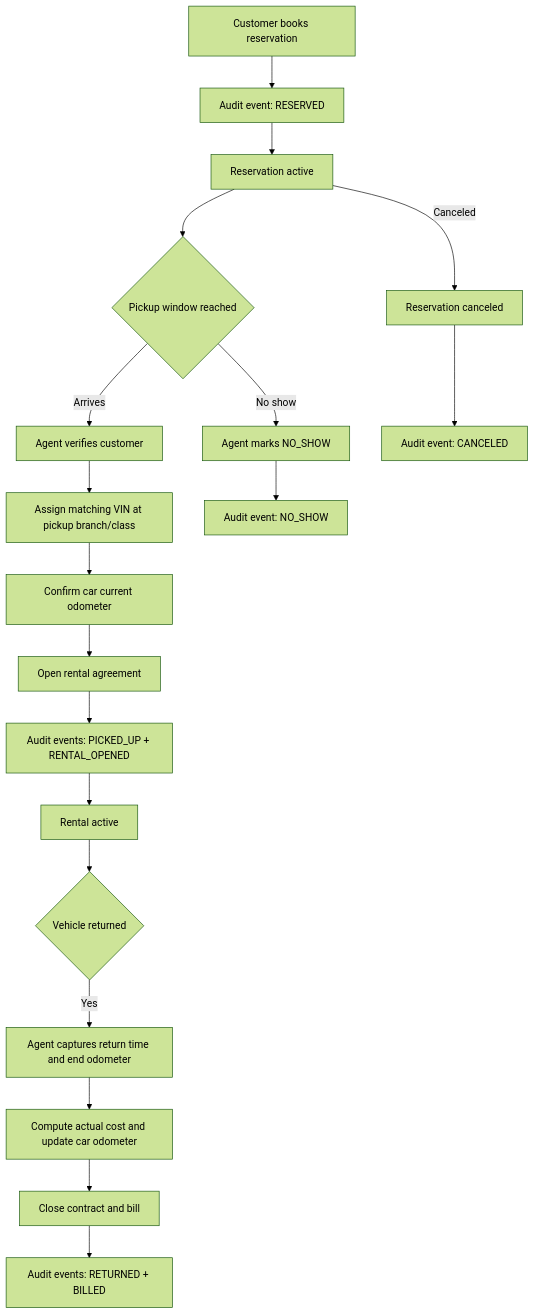
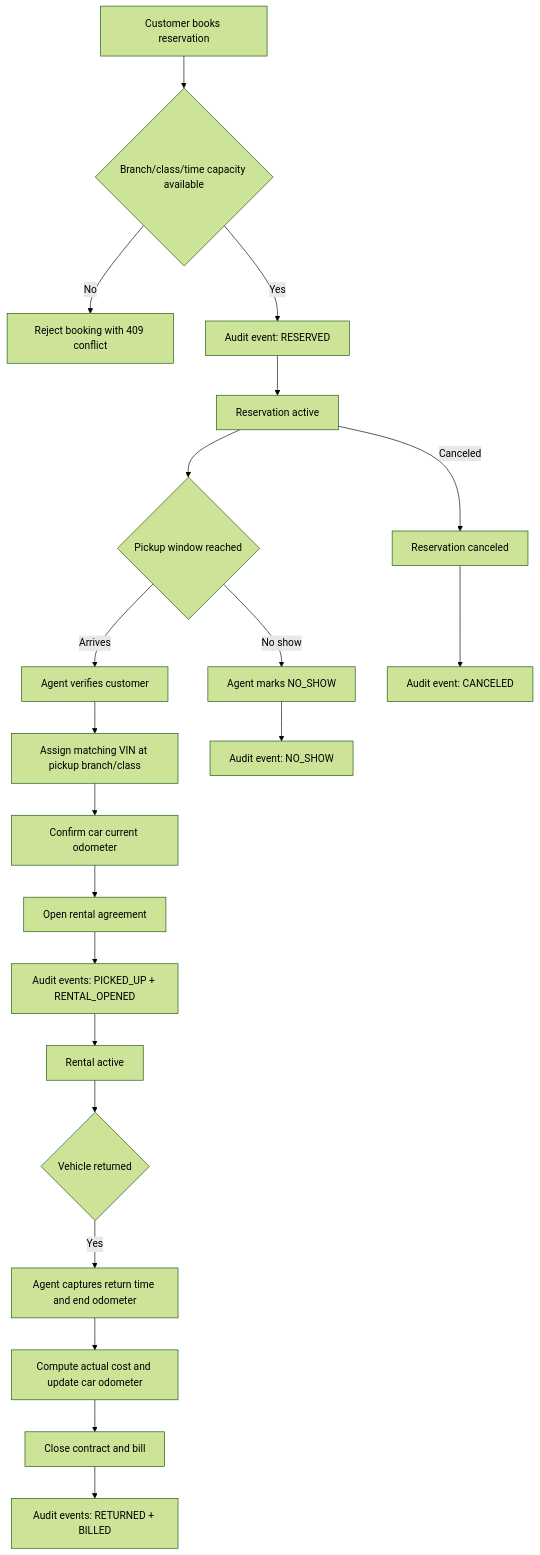
One commit to ga424/cs631_termproject changed the diagram in docs/BPMN_WORKFLOWS.md. Above: the diagram before and after it, drawn with Mermaid (forest theme). The commit also changed other lines of this file and 3 other files, not shown here.

````diff
--- a/docs/BPMN_WORKFLOWS.md
+++ b/docs/BPMN_WORKFLOWS.md
@@ -7,21 +7,23 @@
 ```mermaid
 flowchart TD
-    A[Customer books reservation] --> A1[Audit event: RESERVED]
+    A[Customer books reservation] --> A0{Branch/class/time capacity available}
+    A0 -->|No| A2[Reject booking with 409 conflict]
+    A0 -->|Yes| A1[Audit event: RESERVED]
     A1 --> B[Reservation active]
     B --> C{Pickup window reached}
     C -->|Arrives| D[Agent verifies customer]
     D --> E[Assign matching VIN at pickup branch/class]
     E --> F[Confirm car current odometer]
     F --> G[Open rental agreement]
     G --> G1[Audit events: PICKED_UP + RENTAL_OPENED]
     G1 --> H[Rental active]
     H --> I{Vehicle returned}
     I -->|Yes| J[Agent captures return time and end odometer]
     J --> K[Compute actual cost and update car odometer]
     K --> L[Close contract and bill]
     L --> L1[Audit events: RETURNED + BILLED]
     C -->|No show| M[Agent marks NO_SHOW]
     M --> M1[Audit event: NO_SHOW]
     B -->|Canceled| N[Reservation canceled]
     N --> N1[Audit event: CANCELED]
 ```
````
